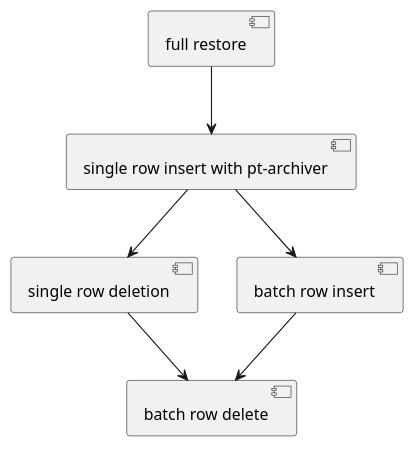
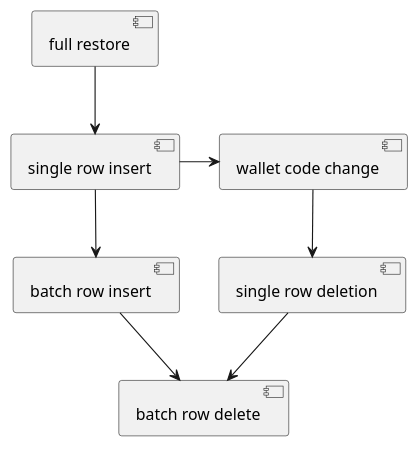
One commit to george24601/notes changed the third of 7 diagrams in mgmt/plan.plantuml. Above: the diagram before and after it, drawn with PlantUML. The commit also changed other lines of this file and 17 other files, not shown here.

```diff
--- a/mgmt/plan.plantuml
+++ b/mgmt/plan.plantuml
@@ -21,14 +31,14 @@
 @startuml
-
 [full restore] as fr
-[single row insert with pt-archiver] as si
+[single row insert] as si
+[wallet code change] as cc
 [single row deletion] as sd
 [batch row insert] as bi
 [batch row delete] as bd
 fr --> si
-si --> sd
-si --> bi 
+si --> bi
 bi --> bd
 sd --> bd
-
+si -> cc
+cc -> sd
 @enduml
```
